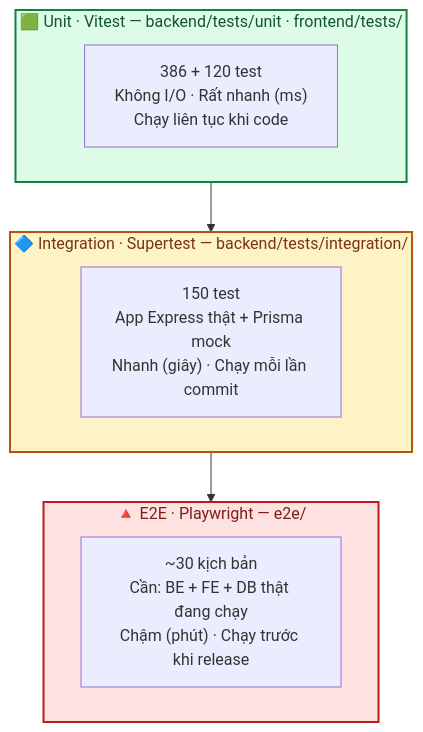
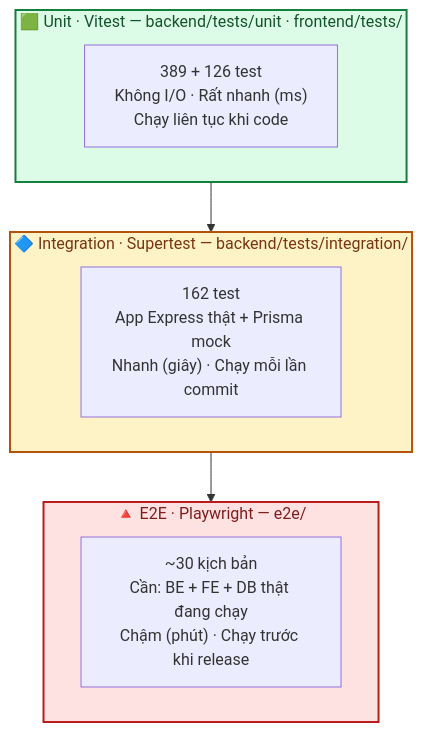
The first of 3 diagrams in docs/08-kiem-thu.md (Hungvu0712/FLOWER), drawn with Mermaid before and after one commit. The commit also changed other lines of this file and 9 other files, not shown here.

````diff
--- a/docs/08-kiem-thu.md
+++ b/docs/08-kiem-thu.md
@@ -12,18 +12,18 @@
 ```mermaid
 flowchart TD
     subgraph E2E["🔺 E2E · Playwright — e2e/"]
         E["~30 kịch bản<br/>Cần: BE + FE + DB thật đang chạy<br/>Chậm (phút) · Chạy trước khi release"]
     end
     subgraph INT["🔷 Integration · Supertest — backend/tests/integration/"]
-        I["150 test<br/>App Express thật + Prisma mock<br/>Nhanh (giây) · Chạy mỗi lần commit"]
+        I["162 test<br/>App Express thật + Prisma mock<br/>Nhanh (giây) · Chạy mỗi lần commit"]
     end
     subgraph UNIT["🟩 Unit · Vitest — backend/tests/unit · frontend/tests/"]
-        U["386 + 120 test<br/>Không I/O · Rất nhanh (ms)<br/>Chạy liên tục khi code"]
+        U["389 + 126 test<br/>Không I/O · Rất nhanh (ms)<br/>Chạy liên tục khi code"]
     end
 
     UNIT --> INT --> E2E
 
     style E2E fill:#fee2e2,stroke:#b91c1c,stroke-width:2px,color:#7f1d1d
     style INT fill:#fef3c7,stroke:#b45309,stroke-width:2px,color:#78350f
     style UNIT fill:#dcfce7,stroke:#15803d,stroke-width:2px,color:#14532d
 ```
````
